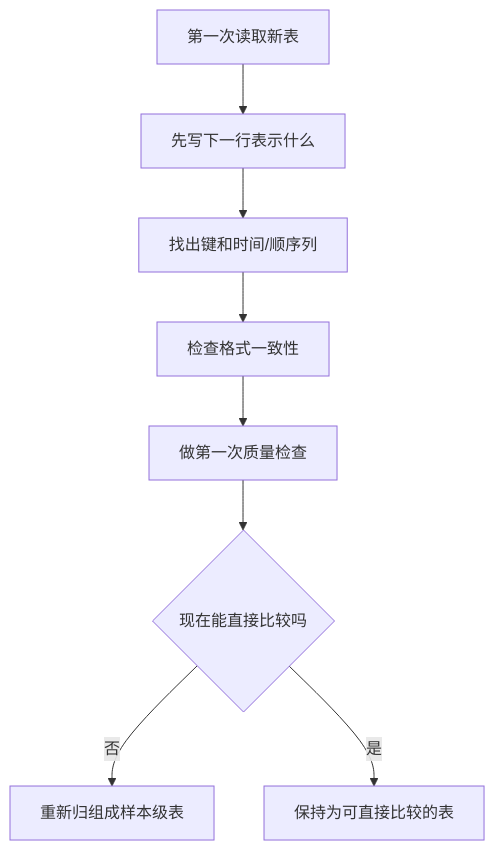
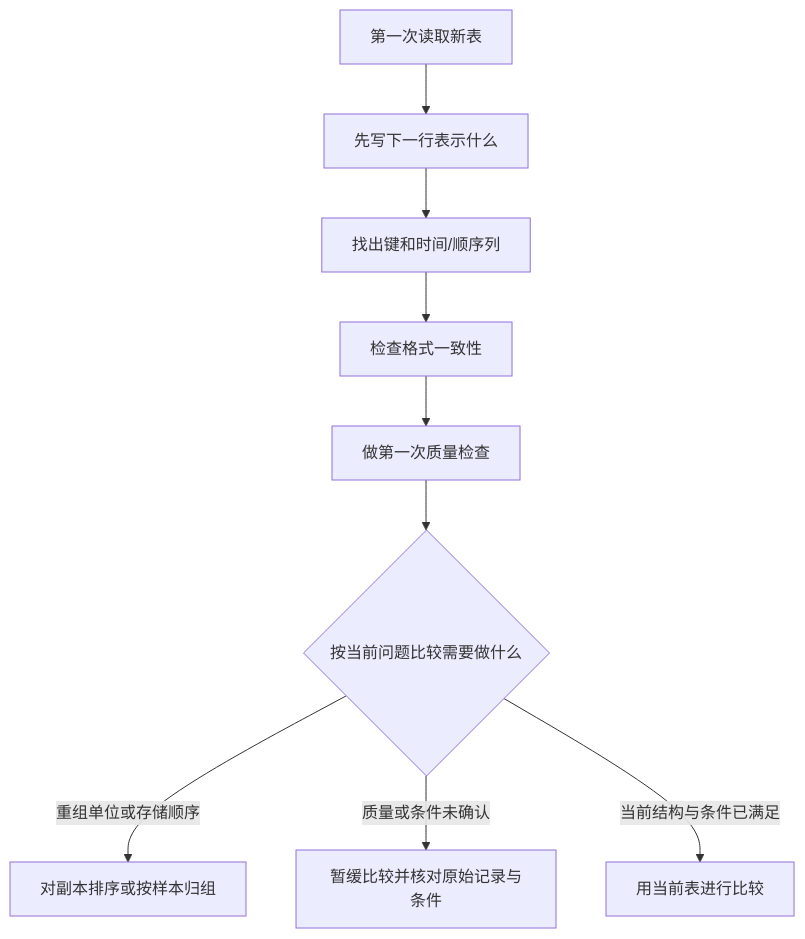
Before and after one commit to devchan64/AiBook: the diagram in docs/assets/part-03/chapter-02/p3-2-3-mermaid-01-zh.mmd, drawn with Mermaid. The commit also changed 32 other files, not shown here.

```diff
--- a/docs/assets/part-03/chapter-02/p3-2-3-mermaid-01-zh.mmd
+++ b/docs/assets/part-03/chapter-02/p3-2-3-mermaid-01-zh.mmd
@@ -1,8 +1,9 @@
 flowchart TD
     A[第一次读取新表] --> B[先写下一行表示什么]
     B --> C[找出键和时间/顺序列]
     C --> D[检查格式一致性]
     D --> E[做第一次质量检查]
-    E --> F{现在能直接比较吗}
-    F -- 否 --> G[重新归组成样本级表]
-    F -- 是 --> H[保持为可直接比较的表]
+    E --> F{按当前问题比较需要做什么}
+    F -- 重组单位或存储顺序 --> G[对副本排序或按样本归组]
+    F -- 质量或条件未确认 --> I[暂缓比较并核对原始记录与条件]
+    F -- 当前结构与条件已满足 --> H[用当前表进行比较]
```
